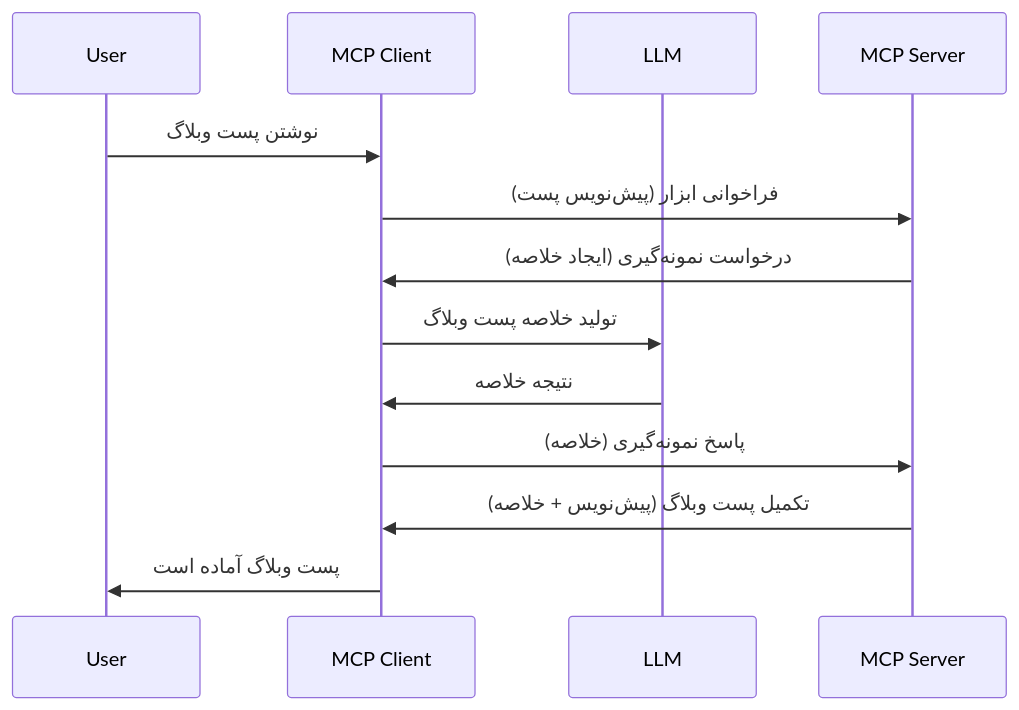
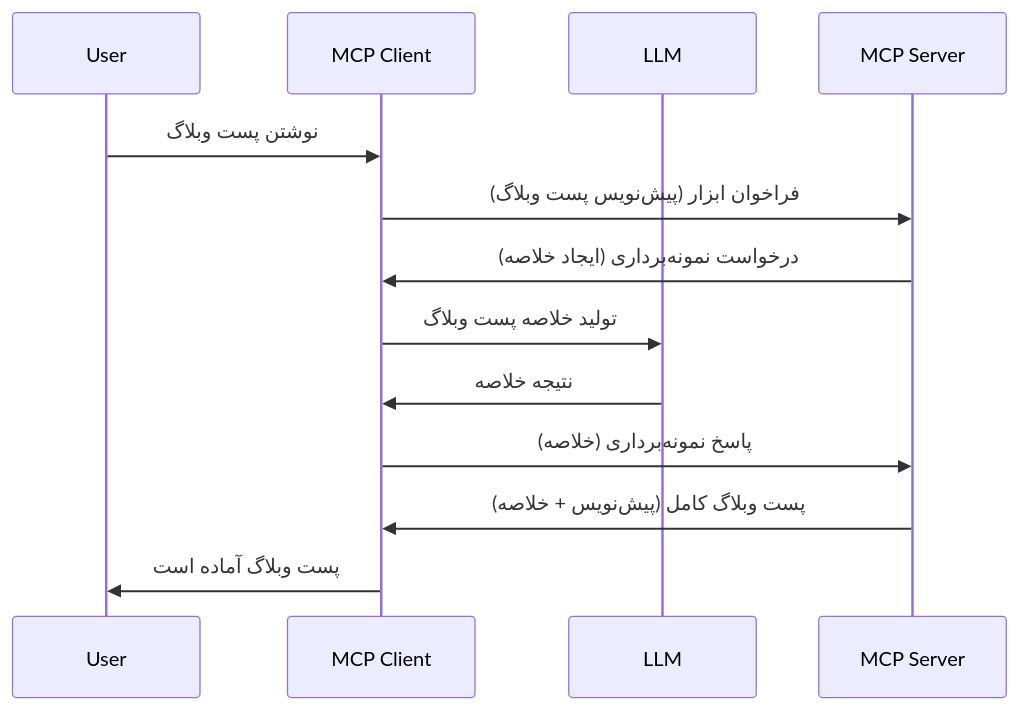
The diagram in mcp_ecosystem__model_context_protocol/mcp_learning_resources/mcp-for-beginners/translations/fa/03-GettingStarted/14-sampling/README.md (HIDORAKAI002/ai-workspace-archive), drawn with Mermaid before and after one commit. The commit also changed other lines of this file and 1539 other files, not shown here.

````diff
--- a/mcp_ecosystem__model_context_protocol/mcp_learning_resources/mcp-for-beginners/translations/fa/03-GettingStarted/14-sampling/README.md
+++ b/mcp_ecosystem__model_context_protocol/mcp_learning_resources/mcp-for-beginners/translations/fa/03-GettingStarted/14-sampling/README.md
@@ -23,16 +23,16 @@
 ```mermaid
 sequenceDiagram
     participant User
     participant MCP Client
     participant LLM
     participant MCP Server
 
     User->>MCP Client: نوشتن پست وبلاگ
-    MCP Client->>MCP Server: فراخوانی ابزار (پیش‌نویس پست)
-    MCP Server->>MCP Client: درخواست نمونه‌گیری (ایجاد خلاصه)
+    MCP Client->>MCP Server: فراخوان ابزار (پیش‌نویس پست وبلاگ)
+    MCP Server->>MCP Client: درخواست نمونه‌برداری (ایجاد خلاصه)
     MCP Client->>LLM: تولید خلاصه پست وبلاگ
     LLM->>MCP Client: نتیجه خلاصه
-    MCP Client->>MCP Server: پاسخ نمونه‌گیری (خلاصه)
-    MCP Server->>MCP Client: تکمیل پست وبلاگ (پیش‌نویس + خلاصه)
+    MCP Client->>MCP Server: پاسخ نمونه‌برداری (خلاصه)
+    MCP Server->>MCP Client: پست وبلاگ کامل (پیش‌نویس + خلاصه)
     MCP Client->>User: پست وبلاگ آماده است
 ```
````
